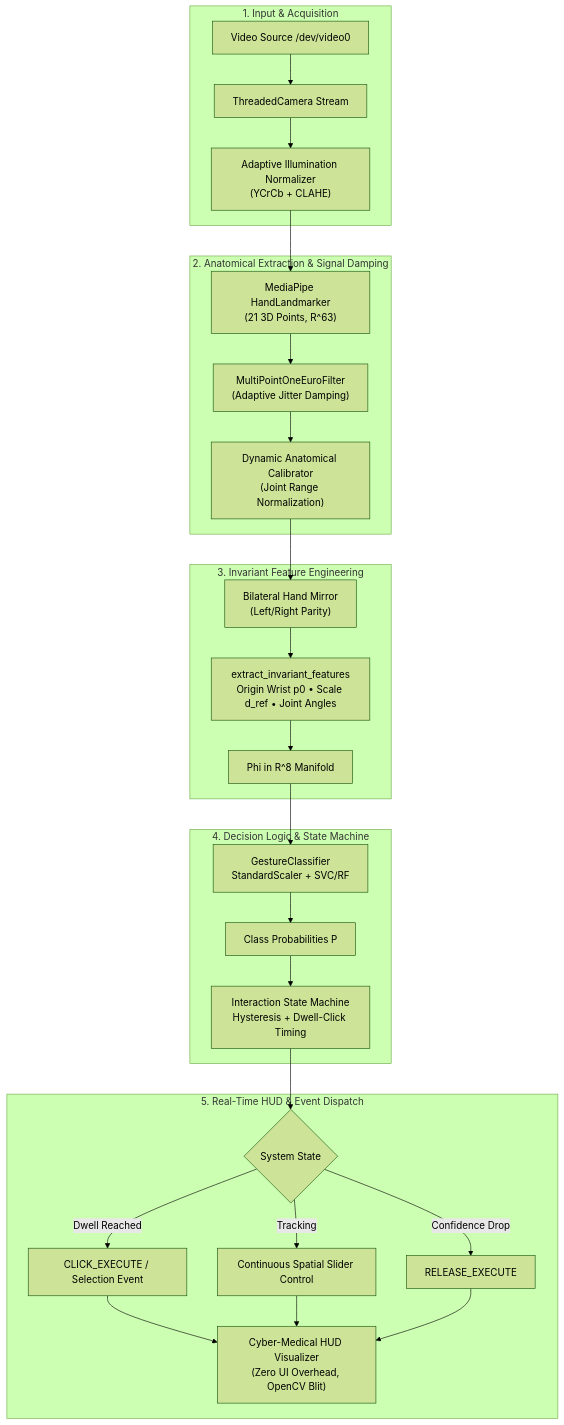
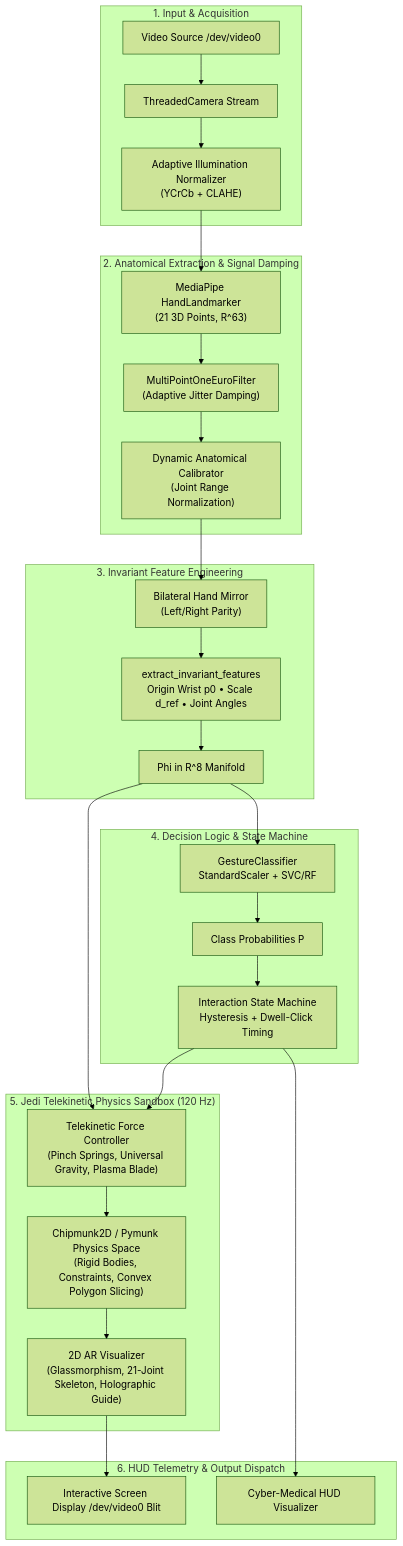
One commit to Alphacew/M-hands changed the diagram in README.md. Above: the diagram before and after it, drawn with Mermaid (forest theme). The commit also changed other lines of this file and 7 other files, not shown here.

Commit message:
docs: update and enhance README with Jedi sandbox features, media showcase, and 32/32 tests

````diff
--- a/README.md
+++ b/README.md
@@ -30,35 +32,37 @@
 ```mermaid
 flowchart TD
     subgraph Capture ["1. Input & Acquisition"]
         CAM["Video Source /dev/video0"] --> TS["ThreadedCamera Stream"]
         TS --> PRE["Adaptive Illumination Normalizer<br/>(YCrCb + CLAHE)"]
     end
 
     subgraph LandmarkPipeline ["2. Anatomical Extraction & Signal Damping"]
         PRE --> MP["MediaPipe HandLandmarker<br/>(21 3D Points, R^63)"]
         MP --> FLT["MultiPointOneEuroFilter<br/>(Adaptive Jitter Damping)"]
         FLT --> CAL["Dynamic Anatomical Calibrator<br/>(Joint Range Normalization)"]
     end
 
     subgraph FeatureGeometry ["3. Invariant Feature Engineering"]
         CAL --> MIR["Bilateral Hand Mirror<br/>(Left/Right Parity)"]
         MIR --> GEO["extract_invariant_features<br/>Origin Wrist p0 &bull; Scale d_ref &bull; Joint Angles"]
         GEO --> PHI["Phi in R^8 Manifold"]
     end
 
     subgraph InferenceFSM ["4. Decision Logic & State Machine"]
         PHI --> CLF["GestureClassifier<br/>StandardScaler + SVC/RF"]
         CLF --> PROB["Class Probabilities P"]
         PROB --> FSM["Interaction State Machine<br/>Hysteresis + Dwell-Click Timing"]
     end
 
-    subgraph OutputAction ["5. Real-Time HUD & Event Dispatch"]
-        FSM --> EVT{"System State"}
-        EVT -->|Dwell Reached| CLK["CLICK_EXECUTE / Selection Event"]
-        EVT -->|Tracking| SLD["Continuous Spatial Slider Control"]
-        EVT -->|Confidence Drop| REL["RELEASE_EXECUTE"]
-        CLK --> HUD["Cyber-Medical HUD Visualizer<br/>(Zero UI Overhead, OpenCV Blit)"]
-        SLD --> HUD
-        REL --> HUD
+    subgraph JediSandbox ["5. Jedi Telekinetic Physics Sandbox (120 Hz)"]
+        PHI --> TK["Telekinetic Force Controller<br/>(Pinch Springs, Universal Gravity, Plasma Blade)"]
+        FSM --> TK
+        TK --> CHIP["Chipmunk2D / Pymunk Physics Space<br/>(Rigid Bodies, Constraints, Convex Polygon Slicing)"]
+        CHIP --> VIS["2D AR Visualizer<br/>(Glassmorphism, 21-Joint Skeleton, Holographic Guide)"]
+    end
+
+    subgraph OutputAction ["6. HUD Telemetry & Output Dispatch"]
+        VIS --> DISP["Interactive Screen Display /dev/video0 Blit"]
+        FSM --> HUD["Cyber-Medical HUD Visualizer"]
     end
 ```
````
